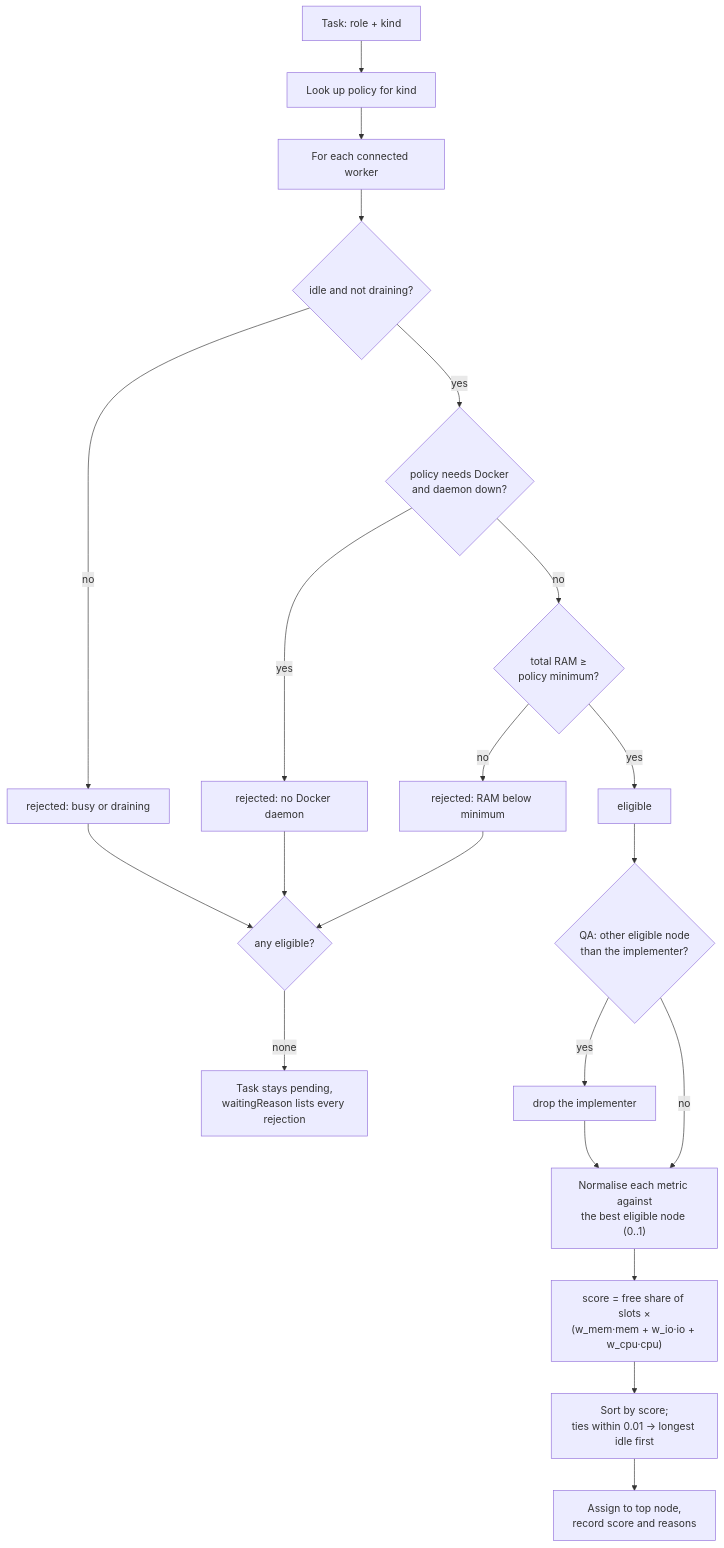
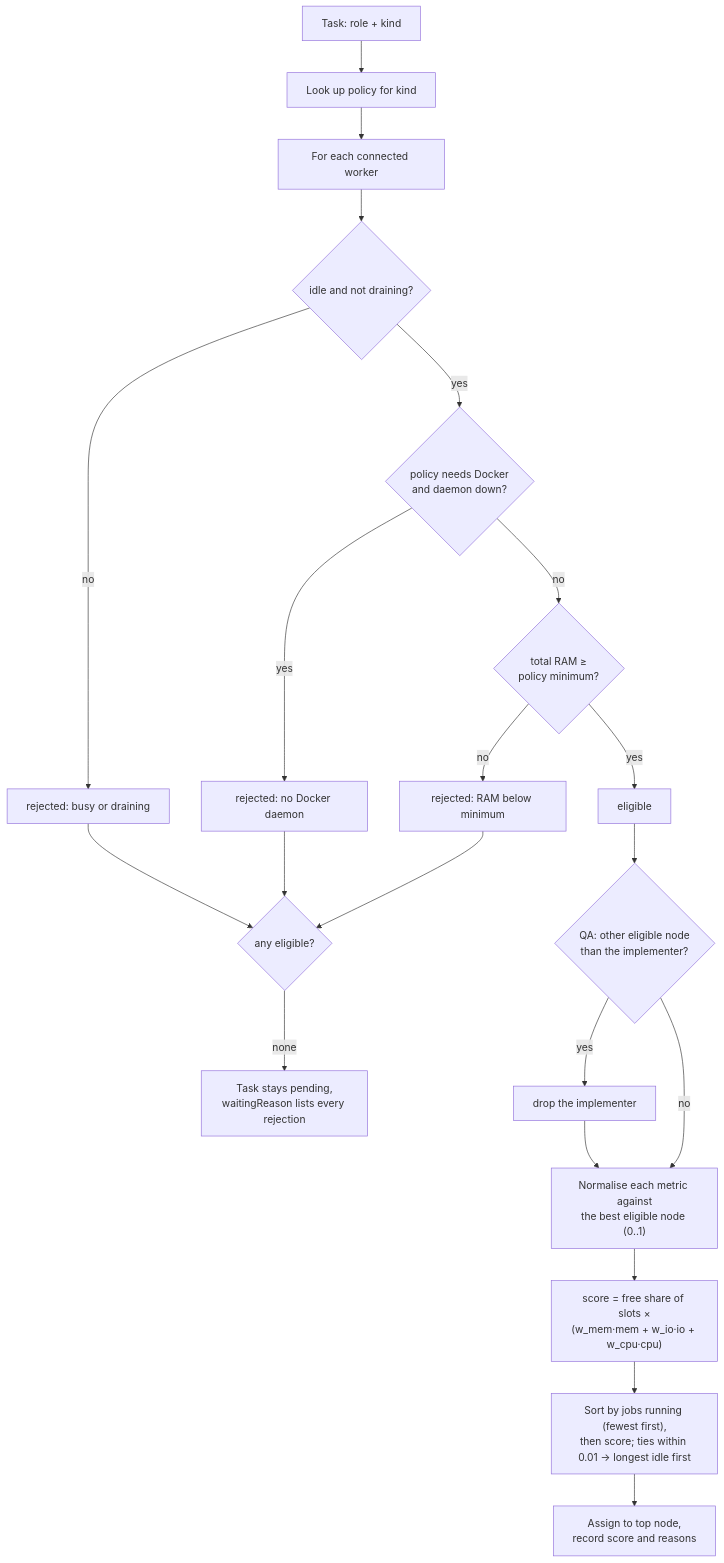
The sixth of 17 diagrams in ARCHITECTURE.md (Sys64k/ai-swarm-orchestrator), drawn with Mermaid before and after one commit. The commit also changed other lines of this file and 3 other files, not shown here.

````diff
--- a/ARCHITECTURE.md
+++ b/ARCHITECTURE.md
@@ -379,21 +379,21 @@
 ```mermaid
 flowchart TD
   T["Task: role + kind"] --> P["Look up policy for kind"]
   P --> L["For each connected worker"]
   L --> R2{"idle and not draining?"}
   R2 -- no --> X2["rejected: busy or draining"]
   R2 -- yes --> R3{"policy needs Docker<br/>and daemon down?"}
   R3 -- yes --> X3["rejected: no Docker daemon"]
   R3 -- no --> R4{"total RAM ≥<br/>policy minimum?"}
   R4 -- no --> X4["rejected: RAM below minimum"]
   R4 -- yes --> OK["eligible"]
   OK --> AV{"QA: other eligible node<br/>than the implementer?"}
   AV -- yes --> DROP["drop the implementer"]
   AV -- no --> N
   DROP --> N["Normalise each metric against<br/>the best eligible node (0..1)"]
   N --> S["score = free share of slots ×<br/>(w_mem·mem + w_io·io + w_cpu·cpu)"]
-  S --> SORT["Sort by score;<br/>ties within 0.01 → longest idle first"]
+  S --> SORT["Sort by jobs running (fewest first),<br/>then score; ties within 0.01 → longest idle first"]
   SORT --> PICK["Assign to top node,<br/>record score and reasons"]
   X2 & X3 & X4 --> W{"any eligible?"}
   W -- "none" --> PEND["Task stays pending,<br/>waitingReason lists every rejection"]
 ```
````
